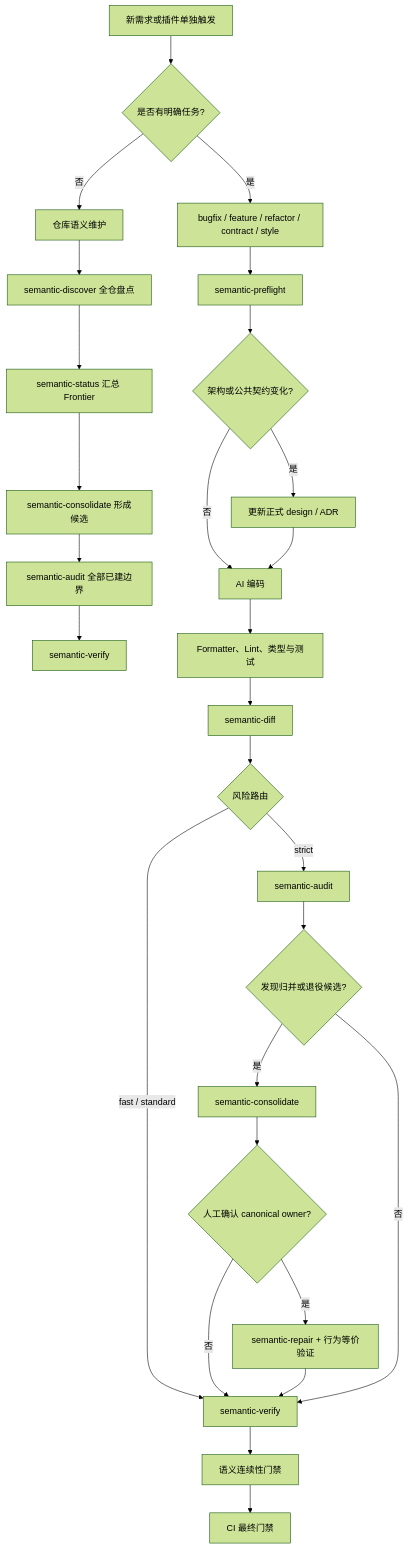
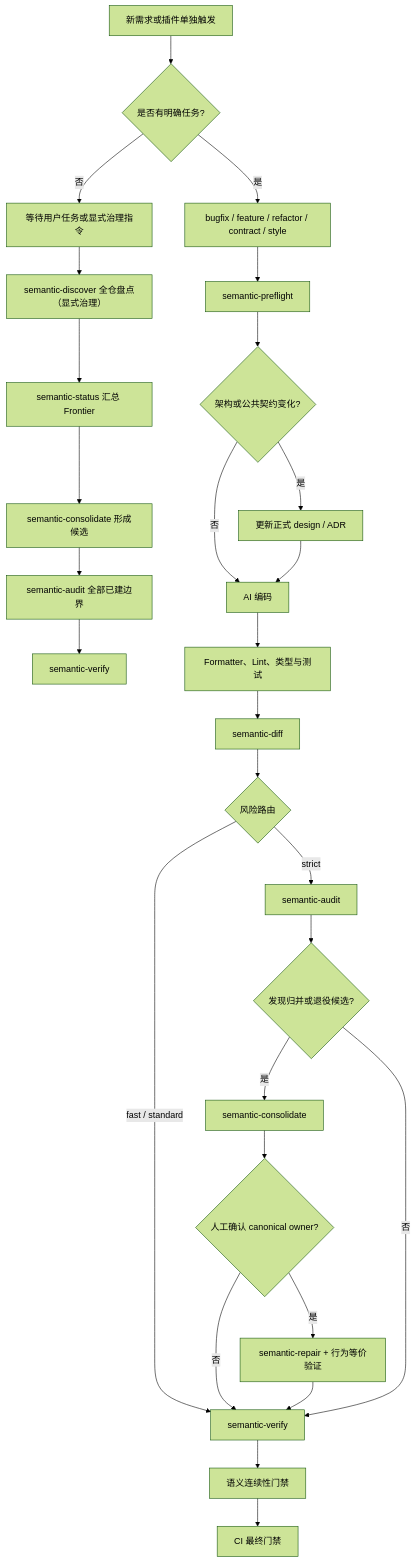
Before and after one commit to EchoYue-lp/echo-semantic: the second of 2 diagrams in README.md, drawn with Mermaid (forest theme). The commit also changed other lines of this file and 106 other files, not shown here.

````diff
--- a/README.md
+++ b/README.md
@@ -80,30 +80,30 @@
 ```mermaid
 flowchart TD
   Request[新需求或插件单独触发] --> Scope{是否有明确任务?}
-  Scope -- 否 --> Maintenance[仓库语义维护]
+  Scope -- 否 --> Maintenance[等待用户任务或显式治理指令]
   Scope -- 是 --> Classify[bugfix / feature / refactor / contract / style]
   Classify --> Preflight[semantic-preflight]
-  Maintenance --> DiscoverAll[semantic-discover 全仓盘点]
+  Maintenance --> DiscoverAll[semantic-discover 全仓盘点（显式治理）]
   DiscoverAll --> StatusAll[semantic-status 汇总 Frontier]
   StatusAll --> ConsolidateAll[semantic-consolidate 形成候选]
   ConsolidateAll --> AuditAll[semantic-audit 全部已建边界]
   AuditAll --> VerifyAll[semantic-verify]
   Preflight --> DesignGate{架构或公共契约变化?}
   DesignGate -- 是 --> Authority[更新正式 design / ADR]
   DesignGate -- 否 --> Coding[AI 编码]
   Authority --> Coding
   Coding --> Engineering[Formatter、Lint、类型与测试]
   Engineering --> Diff[semantic-diff]
   Diff --> Risk{风险路由}
   Risk -- fast / standard --> Verify[semantic-verify]
   Risk -- strict --> Audit[semantic-audit]
   Audit --> Candidate{发现归并或退役候选?}
   Candidate -- 是 --> Consolidate[semantic-consolidate]
   Consolidate --> Decision{人工确认 canonical owner?}
   Decision -- 是 --> Repair[semantic-repair + 行为等价验证]
   Decision -- 否 --> Verify
   Repair --> Verify
   Candidate -- 否 --> Verify
   Verify --> ContinuityGate[语义连续性门禁]
   ContinuityGate --> CI[CI 最终门禁]
 ```
````
